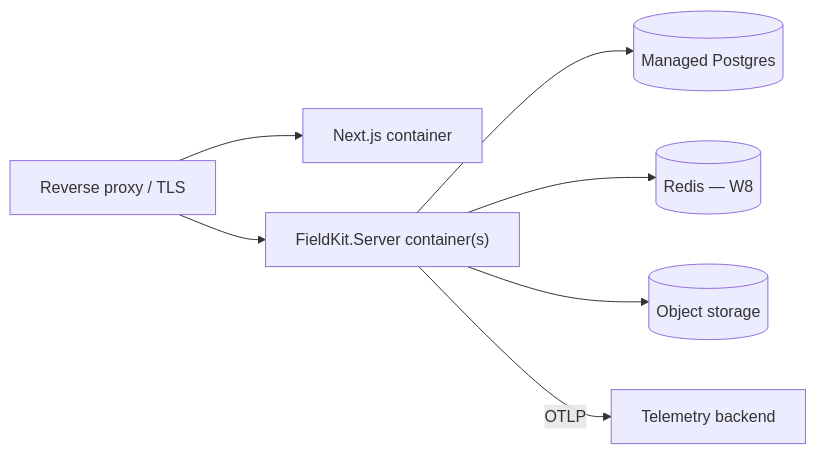
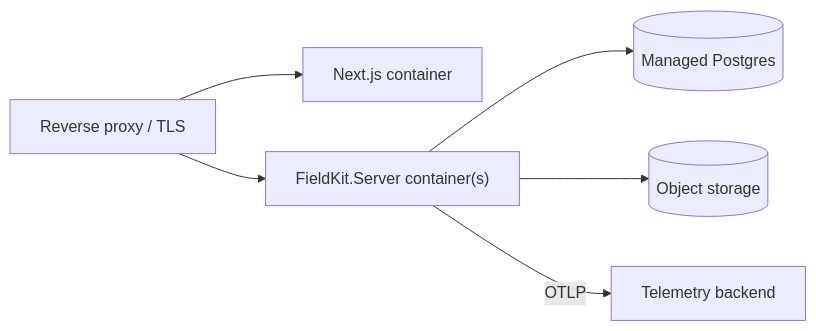
One commit to Tibirot/FieldKit changed the fourth of 4 diagrams in docs/architecture/00-architecture-overview.md. Above: the diagram before and after it, drawn with Mermaid. The commit also changed other lines of this file and 7 other files, not shown here.

````diff
--- a/docs/architecture/00-architecture-overview.md
+++ b/docs/architecture/00-architecture-overview.md
@@ -239,9 +239,9 @@
 ```mermaid
 flowchart LR
   cdn["Reverse proxy / TLS"] --> nx["Next.js container"]
   cdn --> srv["FieldKit.Server container(s)"]
   srv --> pg[("Managed Postgres")]
-  srv --> rd[("Redis — W8")]
+
   srv --> obj[("Object storage")]
   srv -->|OTLP| otel["Telemetry backend"]
 ```
````
